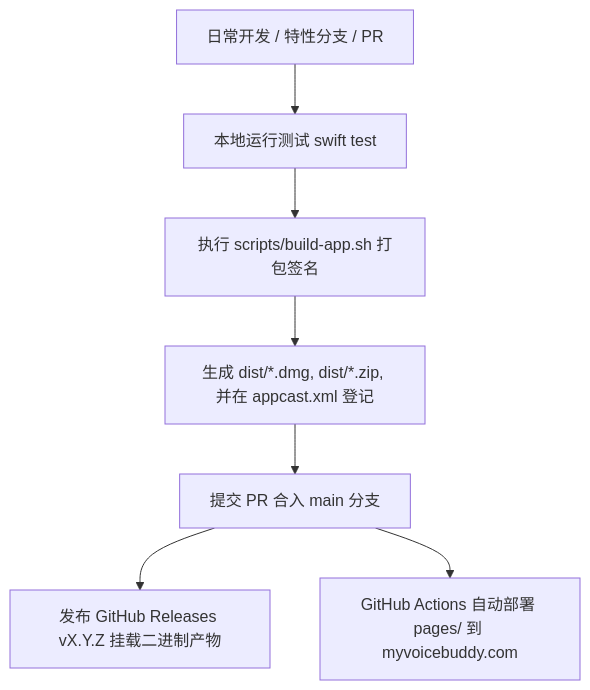
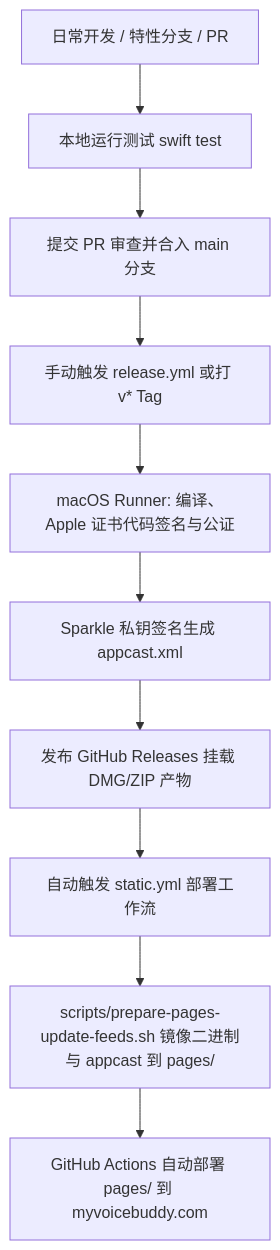
One commit to zfdang/voice-buddy changed the diagram in AGENTS.md. Above: the diagram before and after it, drawn with Mermaid. The commit also changed 15 other files, not shown here.

Commit message:
feat(deploy): adapt manual release trigger, Sparkle Pages update feed and binary mirroring

````diff
--- a/AGENTS.md
+++ b/AGENTS.md
@@ -40,9 +40,12 @@
 ```mermaid
 flowchart TD
     A[日常开发 / 特性分支 / PR] --> B[本地运行测试 swift test]
-    B --> C[执行 scripts/build-app.sh 打包签名]
-    C --> D[生成 dist/*.dmg, dist/*.zip, 并在 appcast.xml 登记]
-    D --> E[提交 PR 合入 main 分支]
-    E --> F[发布 GitHub Releases vX.Y.Z 挂载二进制产物]
-    E --> G[GitHub Actions 自动部署 pages/ 到 myvoicebuddy.com]
+    B --> C[提交 PR 审查并合入 main 分支]
+    C --> D[手动触发 release.yml 或打 v* Tag]
+    D --> E[macOS Runner: 编译、Apple 证书代码签名与公证]
+    E --> F[Sparkle 私钥签名生成 appcast.xml]
+    F --> G[发布 GitHub Releases 挂载 DMG/ZIP 产物]
+    G --> H[自动触发 static.yml 部署工作流]
+    H --> I[scripts/prepare-pages-update-feeds.sh 镜像二进制与 appcast 到 pages/]
+    I --> J[GitHub Actions 自动部署 pages/ 到 myvoicebuddy.com]
 ```
````
